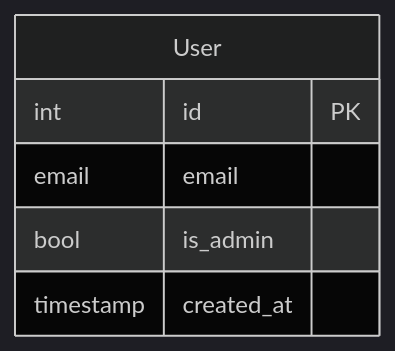
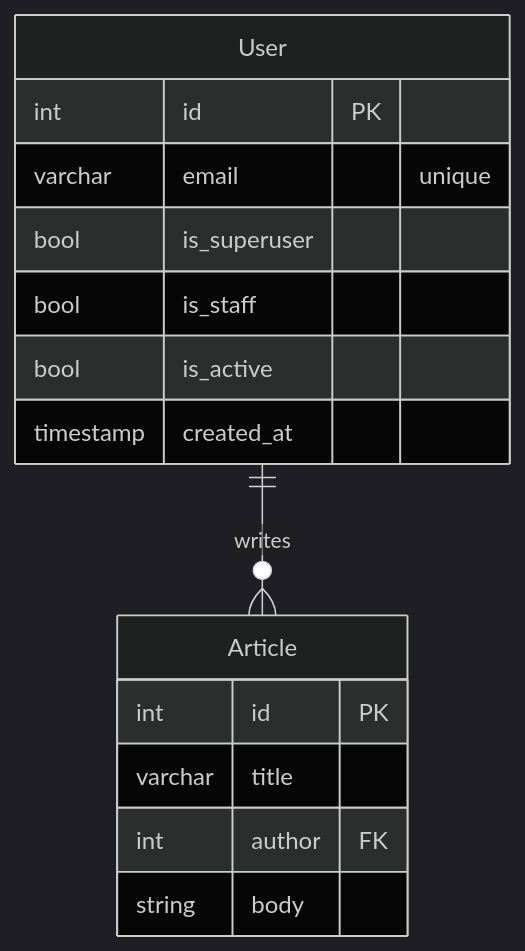
Before and after one commit to ChoiWheatley/ChoiWheatley.github.io: the diagram in docs/2차 프로젝트, 기술 블로그 만들기 - estsoft {Django}.md, drawn with Mermaid (dark theme). The commit also changed other lines of this file and 3 other files, not shown here.

````diff
--- a/docs/2차 프로젝트, 기술 블로그 만들기 - estsoft {Django}.md
+++ b/docs/2차 프로젝트, 기술 블로그 만들기 - estsoft {Django}.md
@@ -23,10 +23,21 @@
 ```mermaid
 erDiagram
 
 	User {
 		int id PK
-		email email
-		bool is_admin
+		varchar email "unique"
+		bool is_superuser
+		bool is_staff
+		bool is_active
 		timestamp created_at
 	}
+
+	Article {
+		int id PK
+		varchar title
+		int author FK
+		string body
+	}
+
+	User ||--o{ Article : writes
 ```
````
